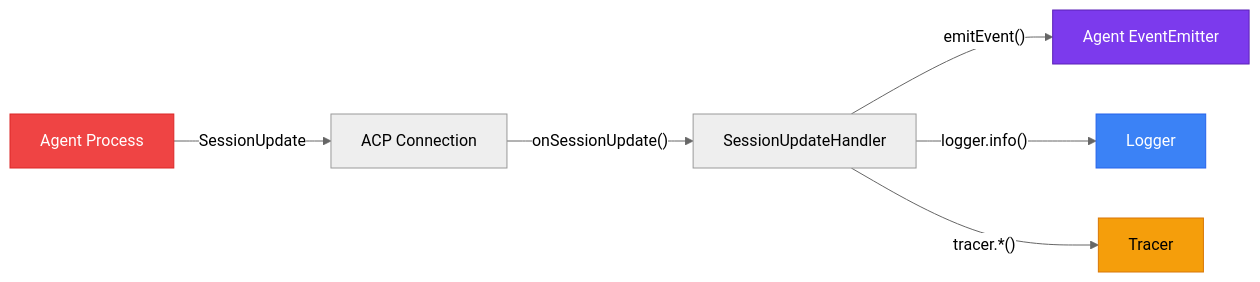
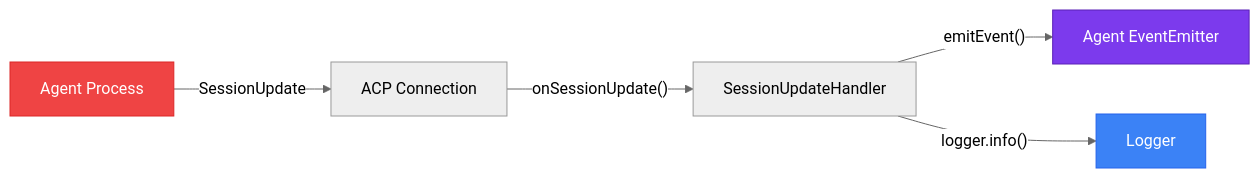
The third of 5 diagrams in docs/architecture/overview.md (atinseau/stark), drawn with Mermaid (neutral theme) before and after one commit. The commit also changed other lines of this file and 13 other files, not shown here.

````diff
--- a/docs/architecture/overview.md
+++ b/docs/architecture/overview.md
@@ -141,13 +135,11 @@
 ```mermaid
 flowchart LR
     E[Agent Process] -->|SessionUpdate| D[ACP Connection]
     D -->|"onSessionUpdate()"| SUH[SessionUpdateHandler]
     SUH -->|"emitEvent()"| A[Agent EventEmitter]
     SUH -->|"logger.info()"| L[Logger]
-    SUH -->|"tracer.*()"| T[Tracer]
 
     style E fill:#ef4444,stroke:#dc2626,color:#fff
     style A fill:#7c3aed,stroke:#5b21b6,color:#fff
     style L fill:#3b82f6,stroke:#2563eb,color:#fff
-    style T fill:#f59e0b,stroke:#d97706
 ```
````
